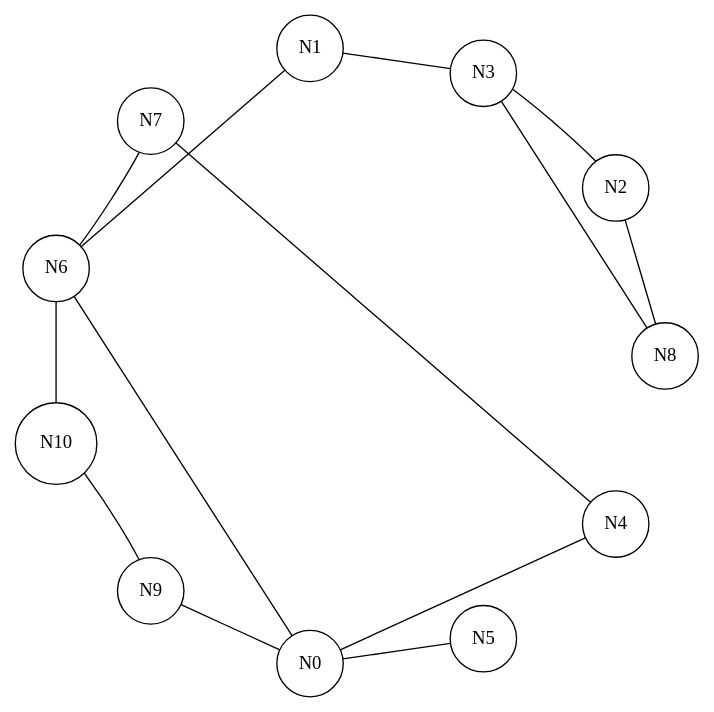
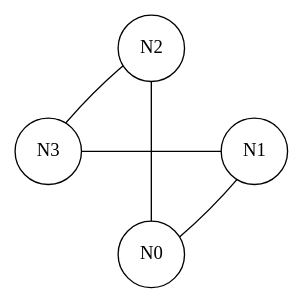
Before and after one commit to Sztormus/Grafy: the diagram in Projekt 2/2/output1.dot, drawn with Graphviz. The commit also changed 22 other files, not shown here.

```diff
--- a/Projekt 2/2/output1.dot
+++ b/Projekt 2/2/output1.dot
@@ -1,29 +1,13 @@
 digraph G
 {
 	layout="circo";
 	node [shape = circle];
 	N0 -> N1 [arrowhead=none][style=invis]
 	N1 -> N2 [arrowhead=none][style=invis]
 	N2 -> N3 [arrowhead=none][style=invis]
-	N3 -> N4 [arrowhead=none][style=invis]
-	N4 -> N5 [arrowhead=none][style=invis]
-	N5 -> N6 [arrowhead=none][style=invis]
-	N6 -> N7 [arrowhead=none][style=invis]
-	N7 -> N8 [arrowhead=none][style=invis]
-	N8 -> N9 [arrowhead=none][style=invis]
-	N9 -> N10 [arrowhead=none][style=invis]
-	N10 -> N0 [arrowhead=none][style=invis]
-	N4 -> N0 [arrowhead=none]
-	N5 -> N0 [arrowhead=none]
-	N6 -> N0 [arrowhead=none]
-	N9 -> N0 [arrowhead=none]
+	N3 -> N0 [arrowhead=none][style=invis]
+	N1 -> N0 [arrowhead=none]
+	N2 -> N0 [arrowhead=none]
 	N3 -> N1 [arrowhead=none]
-	N6 -> N1 [arrowhead=none]
 	N3 -> N2 [arrowhead=none]
-	N8 -> N2 [arrowhead=none]
-	N8 -> N3 [arrowhead=none]
-	N7 -> N4 [arrowhead=none]
-	N7 -> N6 [arrowhead=none]
-	N10 -> N6 [arrowhead=none]
-	N10 -> N9 [arrowhead=none]
 }
```
